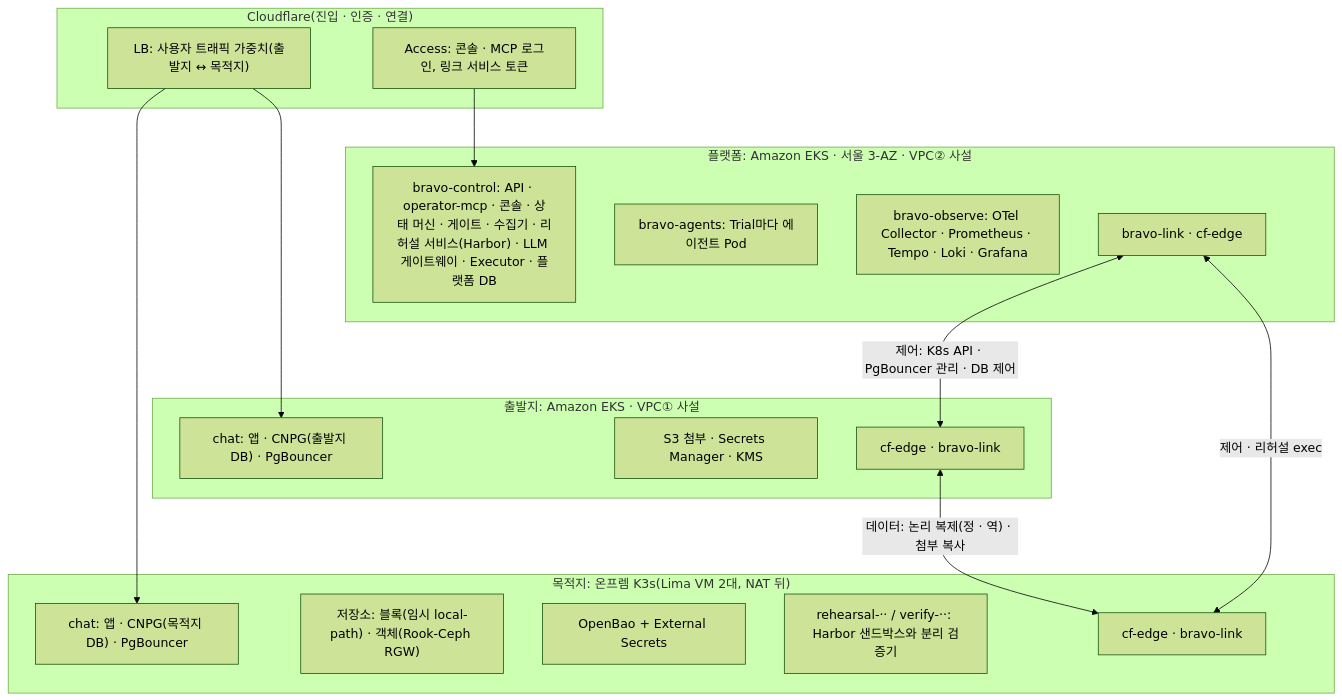
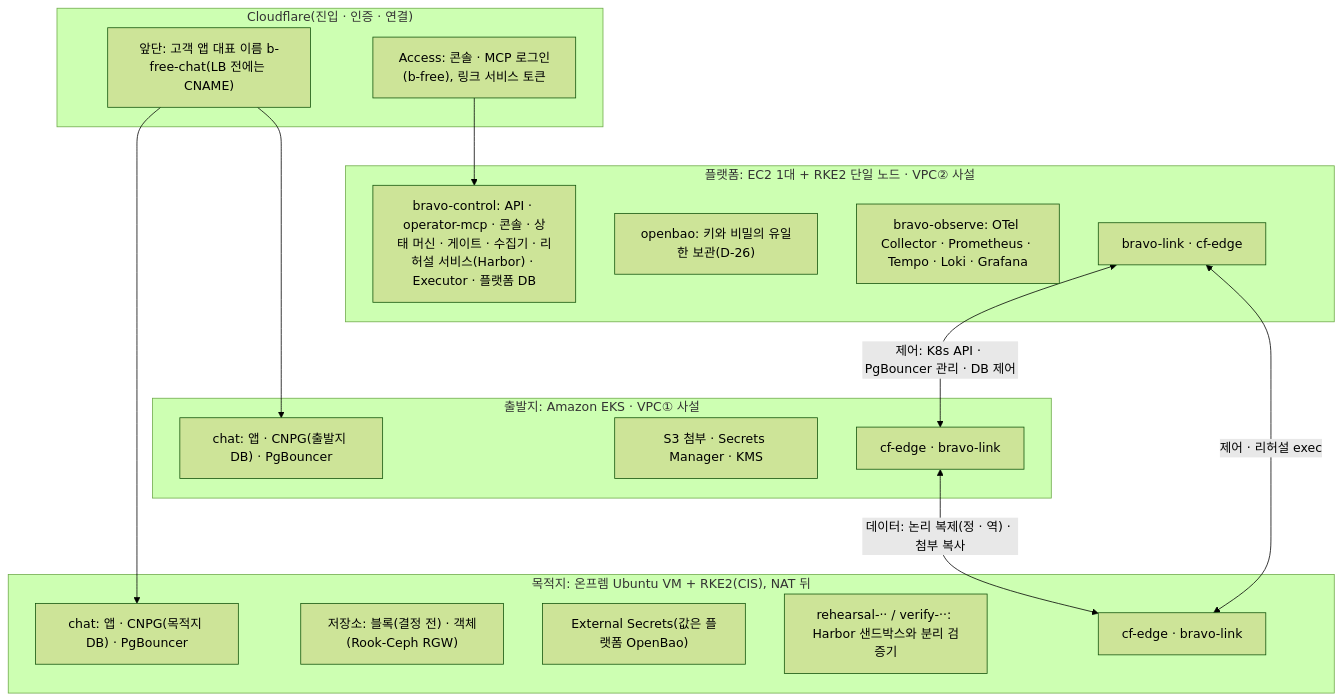
Before and after one commit to mangowhoiscloud/b-free: the diagram in docs/architecture/10-cluster-overview.md, drawn with Mermaid (forest theme). The commit also changed other lines of this file and 209 other files, not shown here.

First line of the commit message:
Checkpoint: RKE2 per spec, Agent SDK routes, API approvals and T31, GKE target

````diff
--- a/docs/architecture/10-cluster-overview.md
+++ b/docs/architecture/10-cluster-overview.md
@@ -7,31 +9,31 @@
 ```mermaid
 flowchart TB
   subgraph CF["Cloudflare(진입 · 인증 · 연결)"]
-    ACC["Access: 콘솔 · MCP 로그인, 링크 서비스 토큰"]
-    LB["LB: 사용자 트래픽 가중치(출발지 ↔ 목적지)"]
+    ACC["Access: 콘솔 · MCP 로그인(b-free), 링크 서비스 토큰"]
+    LB["앞단: 고객 앱 대표 이름 b-free-chat(LB 전에는 CNAME)"]
   end
-  subgraph PL["플랫폼: Amazon EKS · 서울 3-AZ · VPC② 사설"]
-    CTRL["bravo-control: API · operator-mcp · 콘솔 · 상태 머신 · 게이트 · 수집기 · 리허설 서비스(Harbor) · LLM 게이트웨이 · Executor · 플랫폼 DB"]
-    AG["bravo-agents: Trial마다 에이전트 Pod"]
+  subgraph PL["플랫폼: EC2 1대 + RKE2 단일 노드 · VPC② 사설"]
+    CTRL["bravo-control: API · operator-mcp · 콘솔 · 상태 머신 · 게이트 · 수집기 · 리허설 서비스(Harbor) · Executor · 플랫폼 DB"]
+    BAO["openbao: 키와 비밀의 유일한 보관(D-26)"]
     OBS["bravo-observe: OTel Collector · Prometheus · Tempo · Loki · Grafana"]
     PLINK["bravo-link · cf-edge"]
   end
   subgraph SRC["출발지: Amazon EKS · VPC① 사설"]
     SAPP["chat: 앱 · CNPG(출발지 DB) · PgBouncer"]
     SAWS["S3 첨부 · Secrets Manager · KMS"]
     SLINK["cf-edge · bravo-link"]
   end
-  subgraph DST["목적지: 온프렘 K3s(Lima VM 2대, NAT 뒤)"]
+  subgraph DST["목적지: 온프렘 Ubuntu VM + RKE2(CIS), NAT 뒤"]
     DAPP["chat: 앱 · CNPG(목적지 DB) · PgBouncer"]
-    DSTO["저장소: 블록(임시 local-path) · 객체(Rook-Ceph RGW)"]
-    DSEC["OpenBao + External Secrets"]
+    DSTO["저장소: 블록(결정 전) · 객체(Rook-Ceph RGW)"]
+    DSEC["External Secrets(값은 플랫폼 OpenBao)"]
     TRIAL["rehearsal-·· / verify-··: Harbor 샌드박스와 분리 검증기"]
     DLINK["cf-edge · bravo-link"]
   end
   ACC --> CTRL
   LB --> SAPP
   LB --> DAPP
   PLINK <-->|"제어: K8s API · PgBouncer 관리 · DB 제어"| SLINK
   PLINK <-->|"제어 · 리허설 exec"| DLINK
   SLINK <-->|"데이터: 논리 복제(정 · 역) · 첨부 복사"| DLINK
 ```
````
